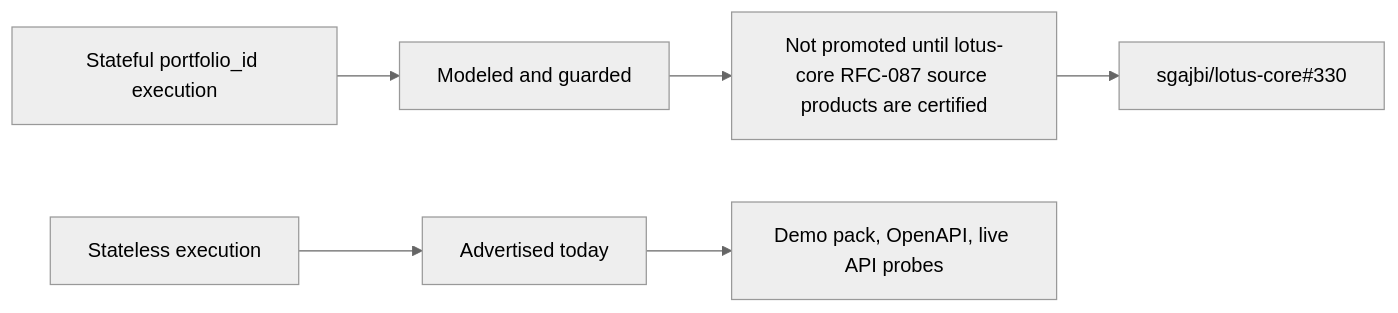
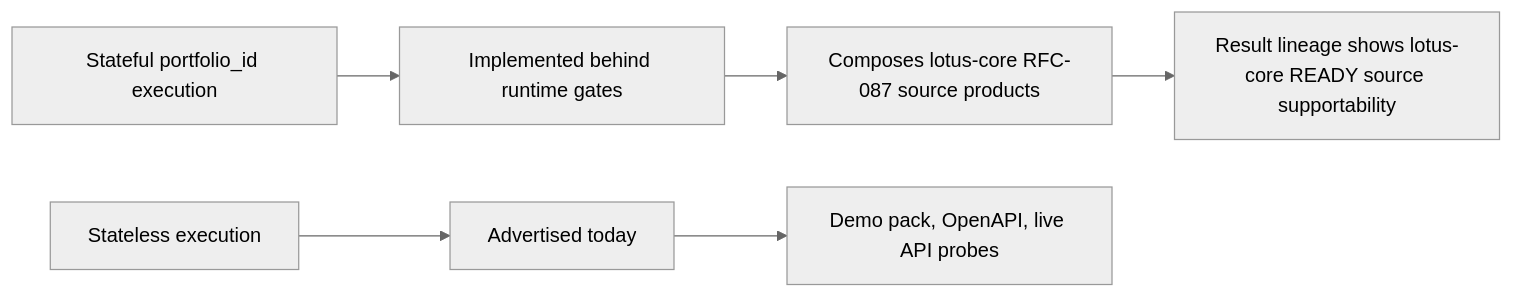
One commit to sgajbi/lotus-manage changed the diagram in wiki/Supported-Features.md. Above: the diagram before and after it, drawn with Mermaid (neutral theme). The commit also changed other lines of this file and 14 other files, not shown here.

Commit message:
feat: prove stateful core sourcing

````diff
--- a/wiki/Supported-Features.md
+++ b/wiki/Supported-Features.md
@@ -29,8 +29,8 @@
 ```mermaid
 flowchart LR
     Stateless[Stateless execution] --> Supported[Advertised today]
-    Stateful[Stateful portfolio_id execution] --> Modeled[Modeled and guarded]
-    Modeled --> Blocked[Not promoted until lotus-core RFC-087 source products are certified]
+    Stateful[Stateful portfolio_id execution] --> Gated[Implemented behind runtime gates]
+    Gated --> Core[Composes lotus-core RFC-087 source products]
     Supported --> Evidence[Demo pack, OpenAPI, live API probes]
-    Blocked --> CoreIssue[sgajbi/lotus-core#330]
+    Core --> Lineage[Result lineage shows lotus-core READY source supportability]
 ```
````
